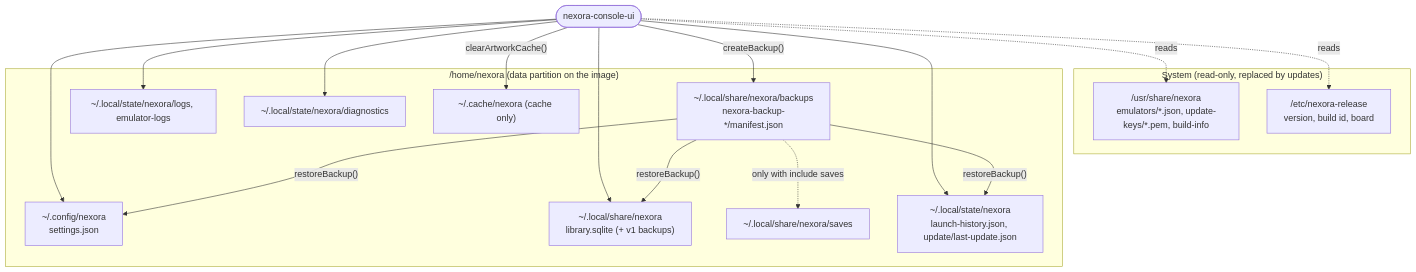
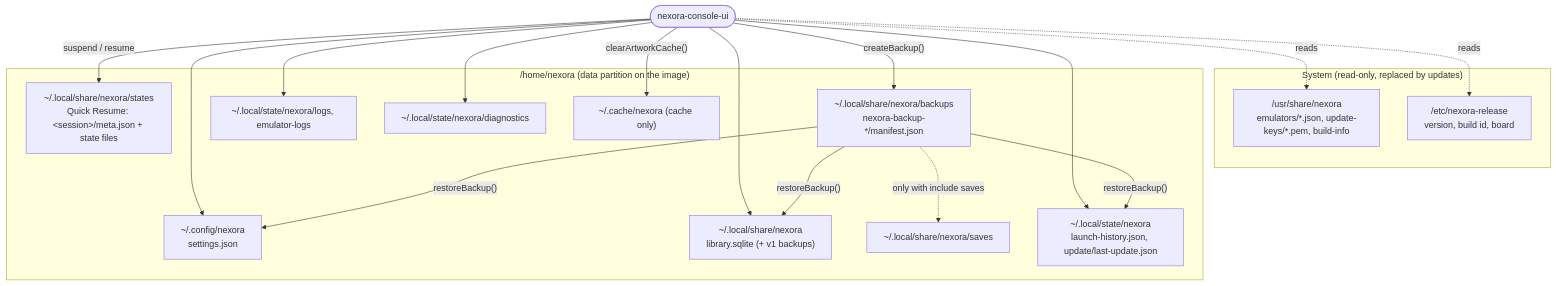
One commit to szebasztianmarton/Nexora-OS changed the diagram in docs/user-data.md. Above: the diagram before and after it, drawn with Mermaid. The commit also changed other lines of this file and 42 other files, not shown here.

First line of the commit message:
Quick Resume: game sessions with verified save states

````diff
--- a/docs/user-data.md
+++ b/docs/user-data.md
@@ -37,30 +38,32 @@
 ```mermaid
 graph TD
     subgraph sys["System (read-only, replaced by updates)"]
         share["/usr/share/nexora<br/>emulators/*.json, update-keys/*.pem, build-info"]
         rel["/etc/nexora-release<br/>version, build id, board"]
     end
     subgraph home["/home/nexora (data partition on the image)"]
         cfg["~/.config/nexora<br/>settings.json"]
         data["~/.local/share/nexora<br/>library.sqlite (+ v1 backups)"]
         saves["~/.local/share/nexora/saves"]
+        states["~/.local/share/nexora/states<br/>Quick Resume: &lt;session&gt;/meta.json + state files"]
         backups["~/.local/share/nexora/backups<br/>nexora-backup-*/manifest.json"]
         state["~/.local/state/nexora<br/>launch-history.json, update/last-update.json"]
         logs["~/.local/state/nexora/logs, emulator-logs"]
         diag["~/.local/state/nexora/diagnostics"]
         cache["~/.cache/nexora (cache only)"]
     end
     ui([nexora-console-ui]) --> cfg
     ui --> data
+    ui -- "suspend / resume" --> states
     ui --> state
     ui --> logs
     ui --> diag
     ui -- "createBackup()" --> backups
     backups -- "restoreBackup()" --> cfg
     backups -- "restoreBackup()" --> data
     backups -- "restoreBackup()" --> state
     backups -. "only with include saves" .-> saves
     ui -- "clearArtworkCache()" --> cache
     ui -. reads .-> share
     ui -. reads .-> rel
 ```
````
